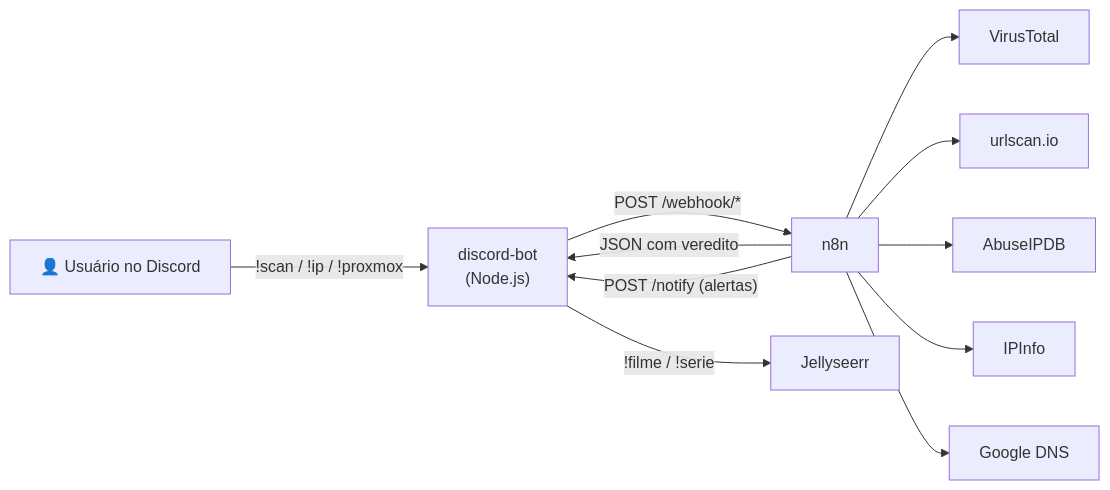
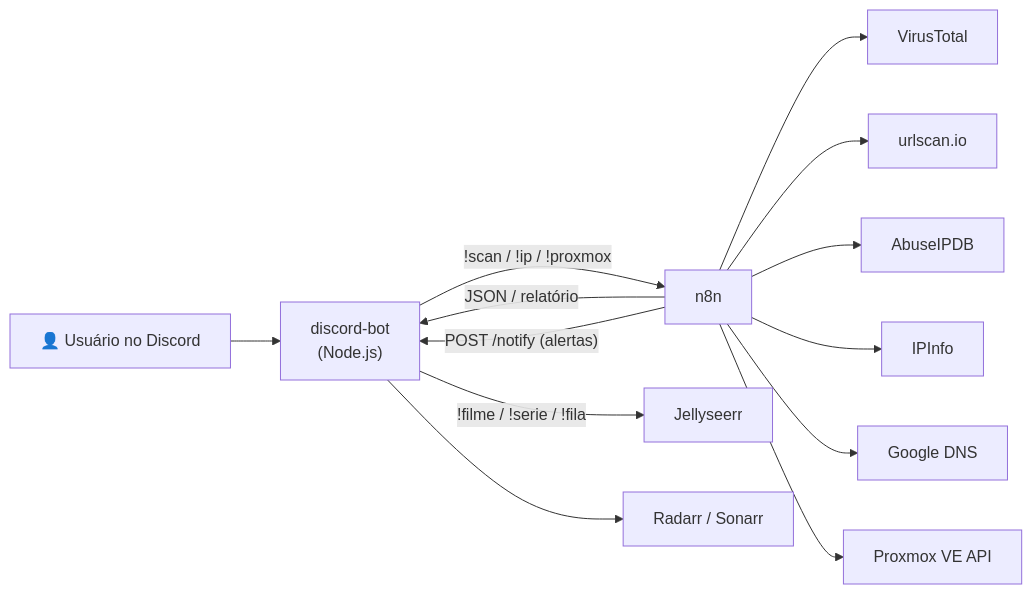
Before and after one commit to xFnd/homelab-automations: the diagram in README.md, drawn with Mermaid. The commit also changed other lines of this file and 8 other files, not shown here.

First line of the commit message:
Adiciona pedidos de mídia, workflow do Proxmox e dependências do bot

````diff
--- a/README.md
+++ b/README.md
@@ -14,15 +15,18 @@
 ```mermaid
 flowchart LR
-    U["👤 Usuário no Discord"] -->|"!scan / !ip / !proxmox"| B["discord-bot<br/>(Node.js)"]
-    B -->|"POST /webhook/*"| N["n8n"]
-    N -->|"JSON com veredito"| B
+    U["👤 Usuário no Discord"] --> B["discord-bot<br/>(Node.js)"]
+
+    B -->|"!scan / !ip / !proxmox"| N["n8n"]
+    N -->|"JSON / relatório"| B
     N -->|"POST /notify (alertas)"| B
 
     N --> VT["VirusTotal"]
     N --> US["urlscan.io"]
     N --> AB["AbuseIPDB"]
     N --> II["IPInfo"]
     N --> DNS["Google DNS"]
+    N --> PVE["Proxmox VE API"]
 
-    B -->|"!filme / !serie"| J["Jellyseerr"]
+    B -->|"!filme / !serie / !fila"| J["Jellyseerr"]
+    B --> AR["Radarr / Sonarr"]
 ```
````
